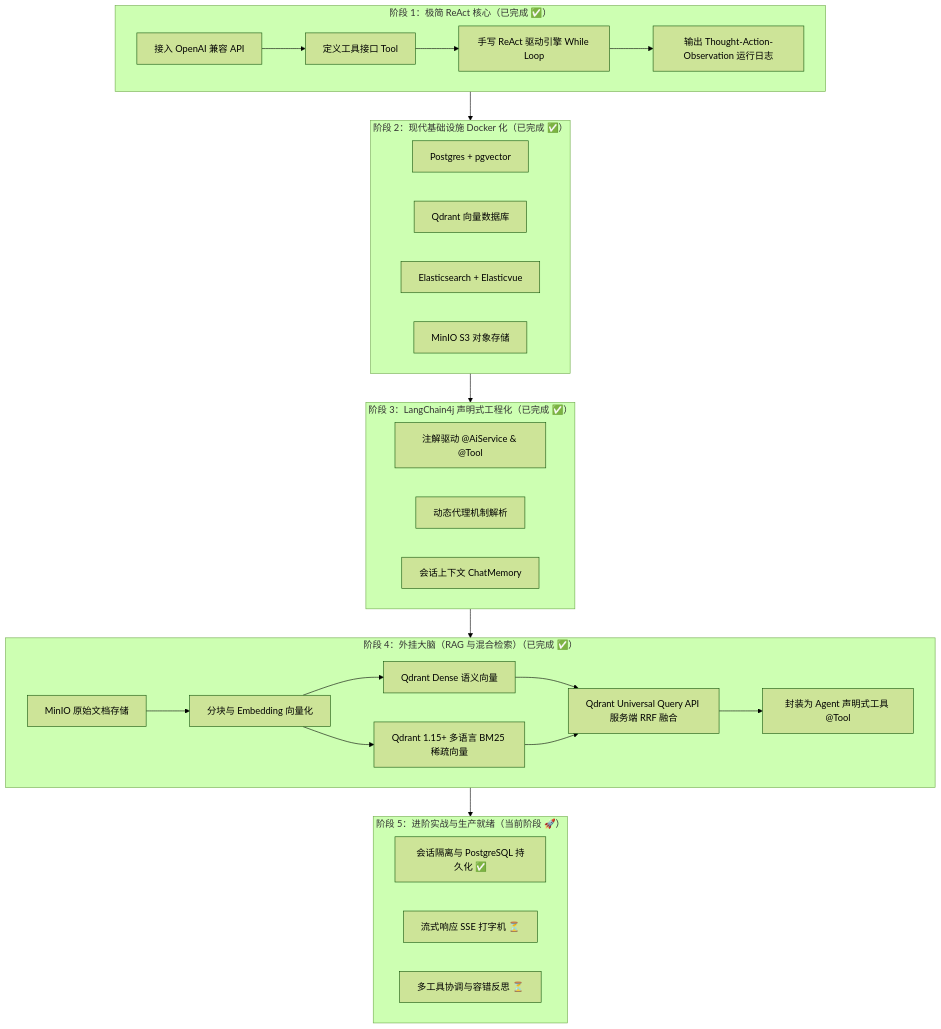
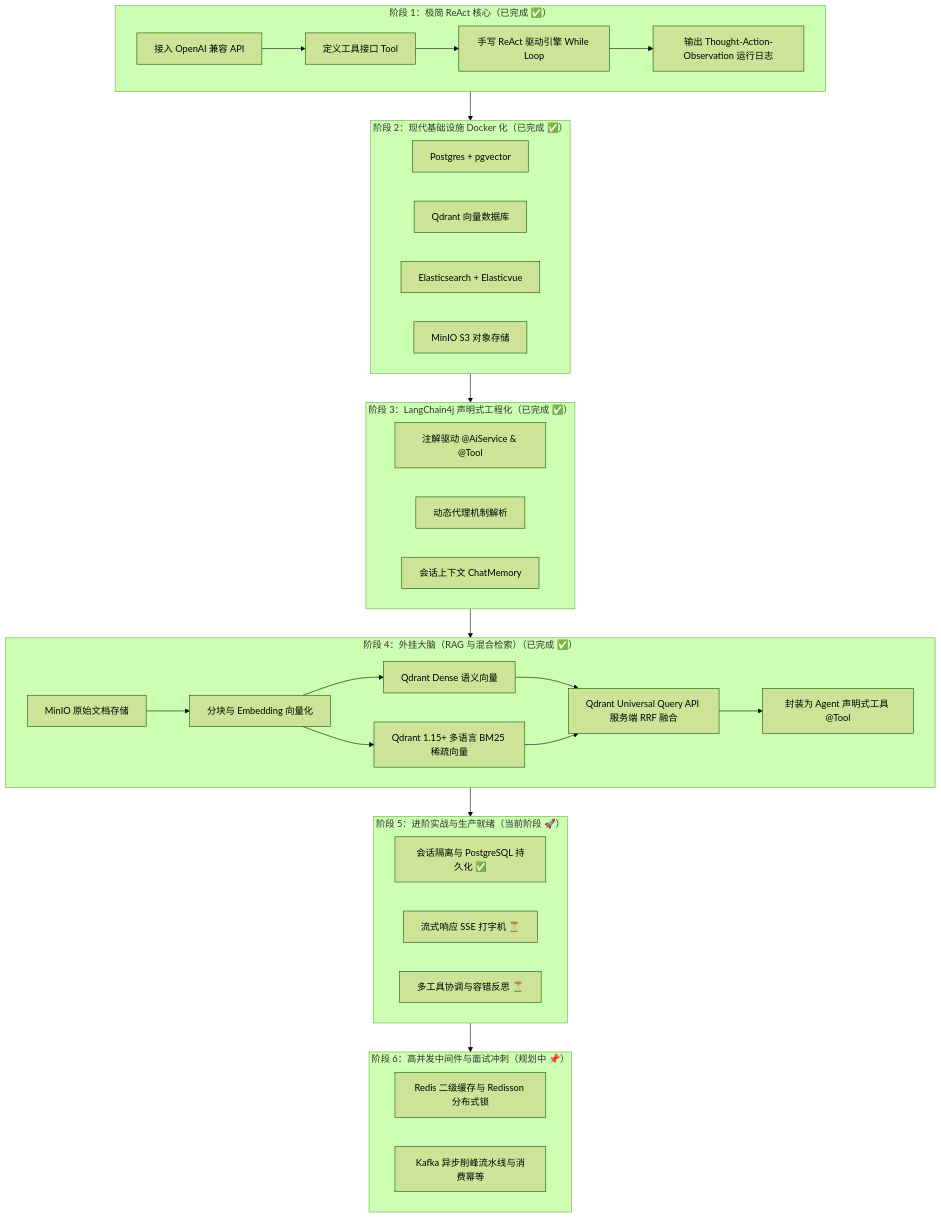
One commit to AKYakult/LearnAgent changed the diagram in ROADMAP.md. Above: the diagram before and after it, drawn with Mermaid (forest theme). The commit also changed other lines of this file and 7 other files, not shown here.

````diff
--- a/ROADMAP.md
+++ b/ROADMAP.md
@@ -10,40 +10,46 @@
 ```mermaid
 flowchart TD
     subgraph Phase1["阶段 1：极简 ReAct 核心（已完成 ✅）"]
         P1_1[接入 OpenAI 兼容 API] --> P1_2[定义工具接口 Tool]
         P1_2 --> P1_3[手写 ReAct 驱动引擎 While Loop]
         P1_3 --> P1_4[输出 Thought-Action-Observation 运行日志]
     end
 
     subgraph Phase2["阶段 2：现代基础设施 Docker 化（已完成 ✅）"]
         P2_1[Postgres + pgvector]
         P2_2[Qdrant 向量数据库]
         P2_3[Elasticsearch + Elasticvue]
         P2_4[MinIO S3 对象存储]
     end
 
     subgraph Phase3["阶段 3：LangChain4j 声明式工程化（已完成 ✅）"]
         P3_1[注解驱动 @AiService & @Tool]
         P3_2[动态代理机制解析]
         P3_3[会话上下文 ChatMemory]
     end
 
     subgraph Phase4["阶段 4：外挂大脑（RAG 与混合检索）（已完成 ✅）"]
         P4_1[MinIO 原始文档存储] --> P4_2[分块与 Embedding 向量化]
         P4_2 --> P4_3[Qdrant Dense 语义向量]
         P4_2 --> P4_4[Qdrant 1.15+ 多语言 BM25 稀疏向量]
         P4_3 & P4_4 --> P4_5[Qdrant Universal Query API 服务端 RRF 融合]
         P4_5 --> P4_6[封装为 Agent 声明式工具 @Tool]
     end
 
     subgraph Phase5["阶段 5：进阶实战与生产就绪（当前阶段 🚀）"]
         P5_1[会话隔离与 PostgreSQL 持久化 ✅]
         P5_2[流式响应 SSE 打字机 ⏳]
         P5_3[多工具协调与容错反思 ⏳]
     end
 
+    subgraph Phase6["阶段 6：高并发中间件与面试冲刺（规划中 📌）"]
+        P6_1[Redis 二级缓存与 Redisson 分布式锁]
+        P6_2[Kafka 异步削峰流水线与消费幂等]
+    end
+
     Phase1 --> Phase2
     Phase2 --> Phase3
     Phase3 --> Phase4
     Phase4 --> Phase5
+    Phase5 --> Phase6
 ```
````
